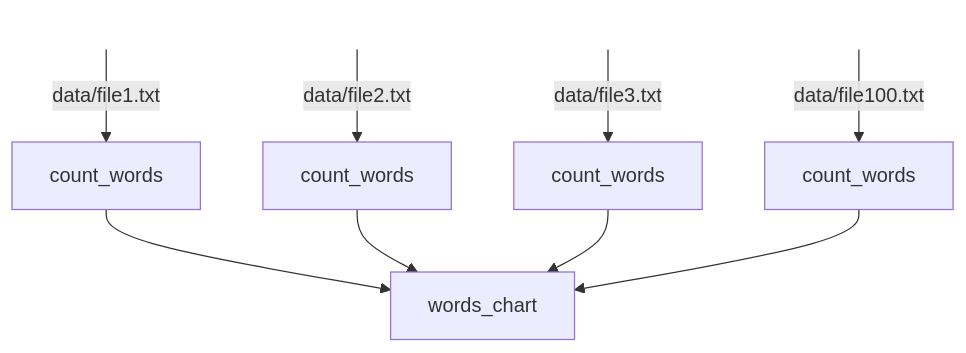
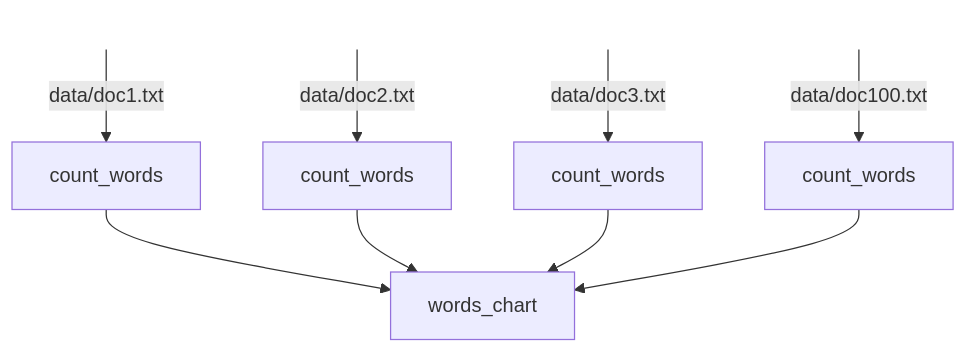
The third of 3 diagrams in modules/workflow-managers.md (OxfordRSE/softeng-daycourse), drawn with Mermaid before and after one commit. The commit also changed other lines of this file and 2 other files, not shown here.

````diff
--- a/modules/workflow-managers.md
+++ b/modules/workflow-managers.md
@@ -193,17 +231,17 @@
 ```mermaid {scale: 0.8}
 graph TD
-    A[ ] --"data/file1.txt"--> A2[count_words]
-    B[ ] --"data/file2.txt"--> B2[count_words]
-    C[ ] --"data/file3.txt"--> C2[count_words]
-    E[ ] --"data/file100.txt"--> E2[count_words]
+    A[ ] --"data/doc1.txt"--> A2[count_words]
+    B[ ] --"data/doc2.txt"--> B2[count_words]
+    C[ ] --"data/doc3.txt"--> C2[count_words]
+    E[ ] --"data/doc100.txt"--> E2[count_words]
     AGGREGATE[words_chart]
     A2 --> AGGREGATE
     B2 --> AGGREGATE
     C2 --> AGGREGATE
     E2 --> AGGREGATE
 
     style A stroke-dasharray: 5 5, fill-opacity:0, stroke-opacity:0;
     style B stroke-dasharray: 5 5, fill-opacity:0, stroke-opacity:0;
     style C stroke-dasharray: 5 5, fill-opacity:0, stroke-opacity:0;
     style E stroke-dasharray: 5 5, fill-opacity:0, stroke-opacity:0;
 ```
````
